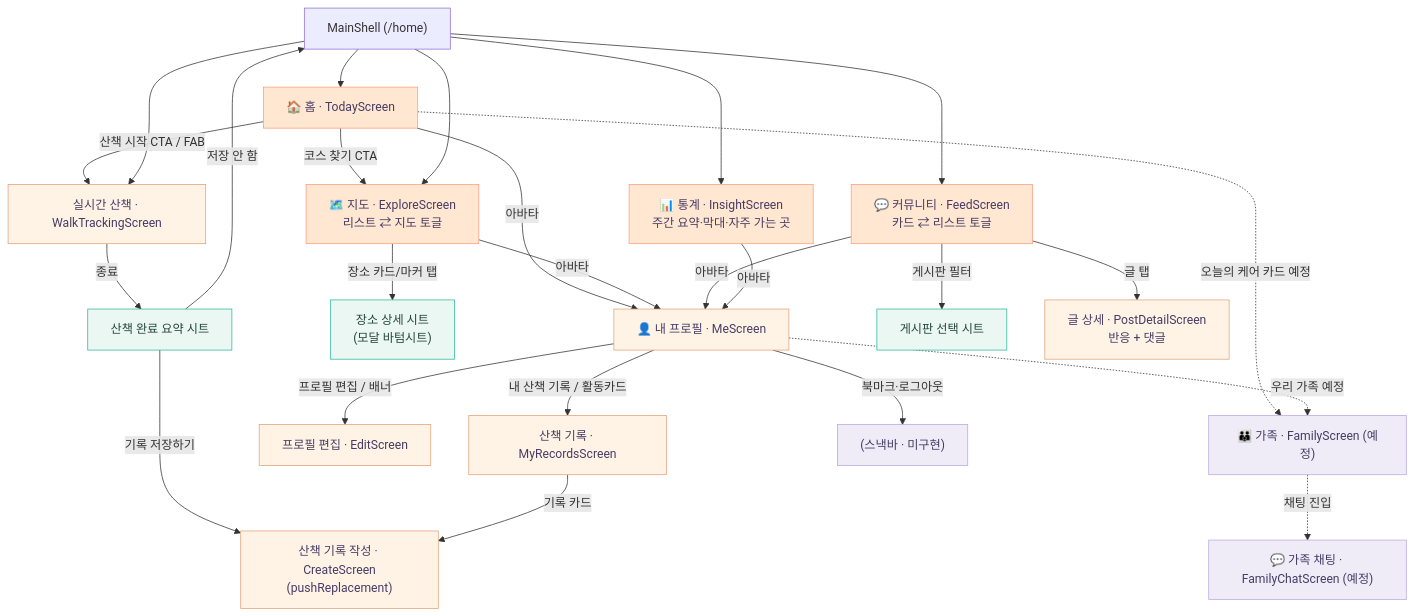
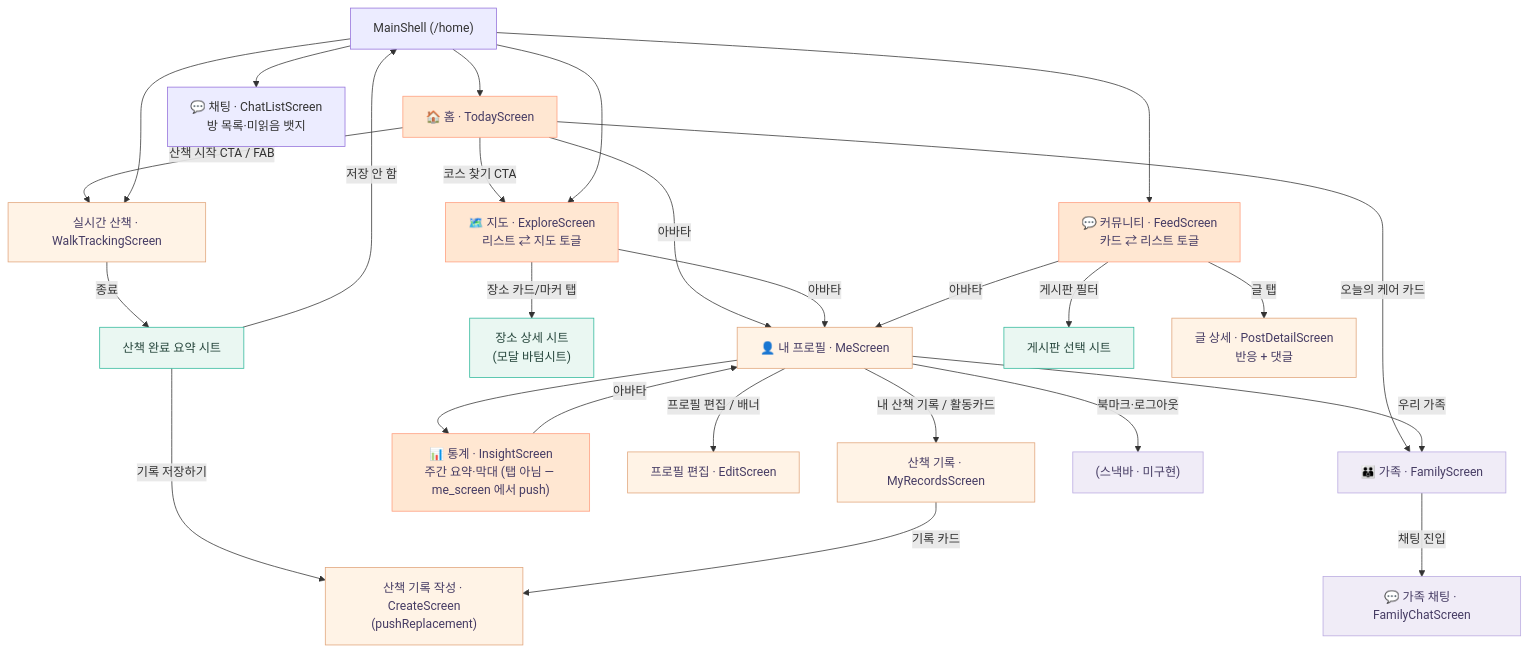
One commit to sanghyunbang/pawloop changed the second of 8 diagrams in docs/01-design/information-architecture.md. Above: the diagram before and after it, drawn with Mermaid. The commit also changed other lines of this file and 16 other files, not shown here.

````diff
--- a/docs/01-design/information-architecture.md
+++ b/docs/01-design/information-architecture.md
@@ -57,50 +59,51 @@
 ```mermaid
 graph TD
     Shell["MainShell (/home)"]
 
     %% 홈
     Shell --> Home["🏠 홈 · TodayScreen"]
     Home -->|산책 시작 CTA / FAB| WalkT["실시간 산책 · WalkTrackingScreen"]
     Home -->|코스 찾기 CTA| Map
     Home -->|아바타| Me
-    Home -.오늘의 케어 카드 예정.-> Family
+    Home -->|오늘의 케어 카드| Family
 
     %% 지도
     Shell --> Map["🗺️ 지도 · ExploreScreen<br/>리스트 ⇄ 지도 토글"]
     Map -->|장소 카드/마커 탭| PlaceSheet["장소 상세 시트<br/>(모달 바텀시트)"]
     Map -->|아바타| Me
 
     %% 산책 기록 FAB
     Shell --> WalkT
     WalkT -->|종료| FinishSheet["산책 완료 요약 시트"]
     FinishSheet -->|기록 저장하기| Create["산책 기록 작성 · CreateScreen<br/>(pushReplacement)"]
     FinishSheet -->|저장 안 함| Shell
 
     %% 커뮤니티
     Shell --> Feed["💬 커뮤니티 · FeedScreen<br/>카드 ⇄ 리스트 토글"]
     Feed -->|게시판 필터| BoardSheet["게시판 선택 시트"]
     Feed -->|글 탭| PostDetail["글 상세 · PostDetailScreen<br/>반응 + 댓글"]
     Feed -->|아바타| Me
 
     %% 통계
-    Shell --> Insight["📊 통계 · InsightScreen<br/>주간 요약·막대·자주 가는 곳"]
+    Shell --> Chat["💬 채팅 · ChatListScreen<br/>방 목록·미읽음 뱃지"]
+    Me --> Insight["📊 통계 · InsightScreen<br/>주간 요약·막대 (탭 아님 — me_screen 에서 push)"]
     Insight -->|아바타| Me
 
     %% 프로필(글로벌)
     Me["👤 내 프로필 · MeScreen"]
     Me -->|프로필 편집 / 배너| Edit["프로필 편집 · EditScreen"]
     Me -->|내 산책 기록 / 활동카드| Records["산책 기록 · MyRecordsScreen"]
     Records -->|기록 카드| Create
     Me -->|북마크·로그아웃| Snack["(스낵바 · 미구현)"]
-    Me -.우리 가족 예정.-> Family["👪 가족 · FamilyScreen (예정)"]
-    Family -.채팅 진입.-> FamChat["💬 가족 채팅 · FamilyChatScreen (예정)"]
+    Me -->|우리 가족| Family["👪 가족 · FamilyScreen"]
+    Family -->|채팅 진입| FamChat["💬 가족 채팅 · FamilyChatScreen"]
 
     classDef tab fill:#FFE7D2,stroke:#FF9E7D,color:#463C64;
     classDef push fill:#FFF3E6,stroke:#E0A47A,color:#463C64;
     classDef sheet fill:#EAF7F2,stroke:#2FB89B,color:#26463C;
     classDef stub fill:#F0ECF7,stroke:#B9A9E0,color:#463C64;
     class Home,Map,Feed,Insight tab;
     class WalkT,Create,PostDetail,Me,Edit,Records push;
     class PlaceSheet,FinishSheet,BoardSheet sheet;
     class Snack,Stub,Family,FamChat stub;
 ```
````
